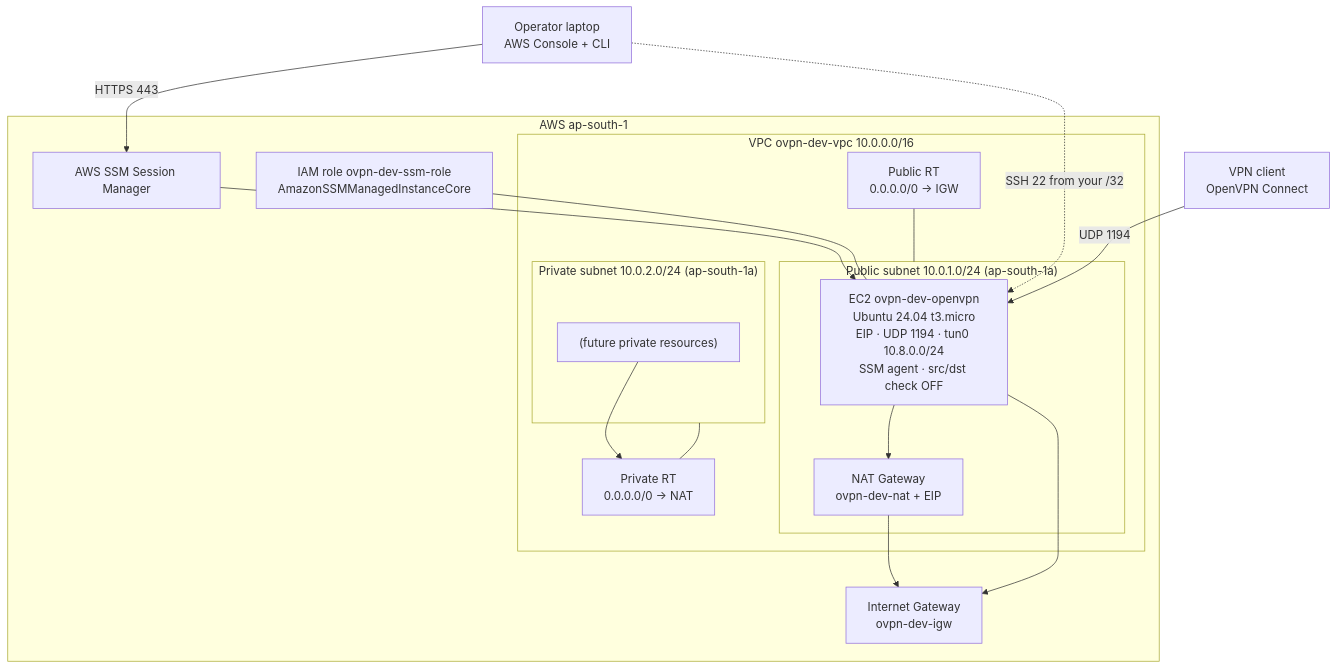
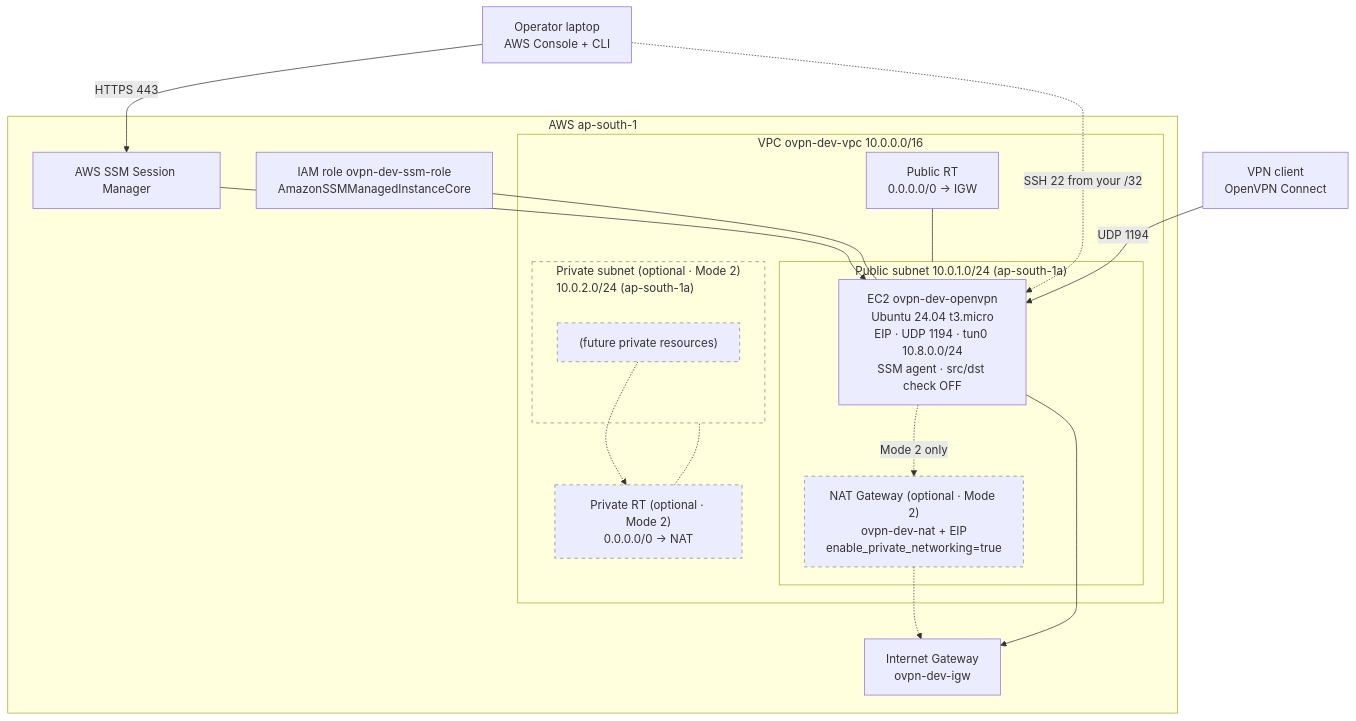
The first of 3 diagrams in aws/manual/README.md (jakirhosen9395/openvpn-cloud-lab), drawn with Mermaid before and after one commit. The commit also changed other lines of this file and 4 other files, not shown here.

````diff
--- a/aws/manual/README.md
+++ b/aws/manual/README.md
@@ -163,32 +200,35 @@
 ```mermaid
 graph TD
     Operator["Operator laptop<br/>AWS Console + CLI"]
     Client["VPN client<br/>OpenVPN Connect"]
 
     subgraph AWS["AWS ap-south-1"]
       IGW["Internet Gateway<br/>ovpn-dev-igw"]
       subgraph VPC["VPC ovpn-dev-vpc 10.0.0.0/16"]
         subgraph Public["Public subnet 10.0.1.0/24 (ap-south-1a)"]
           EC2["EC2 ovpn-dev-openvpn<br/>Ubuntu 24.04 t3.micro<br/>EIP · UDP 1194 · tun0 10.8.0.0/24<br/>SSM agent · src/dst check OFF"]
-          NAT["NAT Gateway<br/>ovpn-dev-nat + EIP"]
+          NAT["NAT Gateway (optional · Mode 2)<br/>ovpn-dev-nat + EIP<br/>enable_private_networking=true"]
         end
-        subgraph Private["Private subnet 10.0.2.0/24 (ap-south-1a)"]
+        subgraph Private["Private subnet (optional · Mode 2)<br/>10.0.2.0/24 (ap-south-1a)"]
           Future["(future private resources)"]
         end
         PubRT["Public RT<br/>0.0.0.0/0 -> IGW"]
-        PrivRT["Private RT<br/>0.0.0.0/0 -> NAT"]
+        PrivRT["Private RT (optional · Mode 2)<br/>0.0.0.0/0 -> NAT"]
       end
       IAM["IAM role ovpn-dev-ssm-role<br/>AmazonSSMManagedInstanceCore"]
       SSM["AWS SSM Session Manager"]
     end
 
     Operator -->|HTTPS 443| SSM --> EC2
     Operator -.->|SSH 22 from your /32| EC2
     Client -->|UDP 1194| EC2
-    EC2 --> NAT --> IGW
+    EC2 -.->|Mode 2 only| NAT -.-> IGW
     EC2 --> IGW
     IAM --- EC2
     PubRT --- Public
-    PrivRT --- Private
-    Future --> PrivRT
+    PrivRT -.- Private
+    Future -.-> PrivRT
+
+    classDef optional stroke-dasharray:5 5,stroke:#888;
+    class NAT,Private,Future,PrivRT optional;
 ```
````
